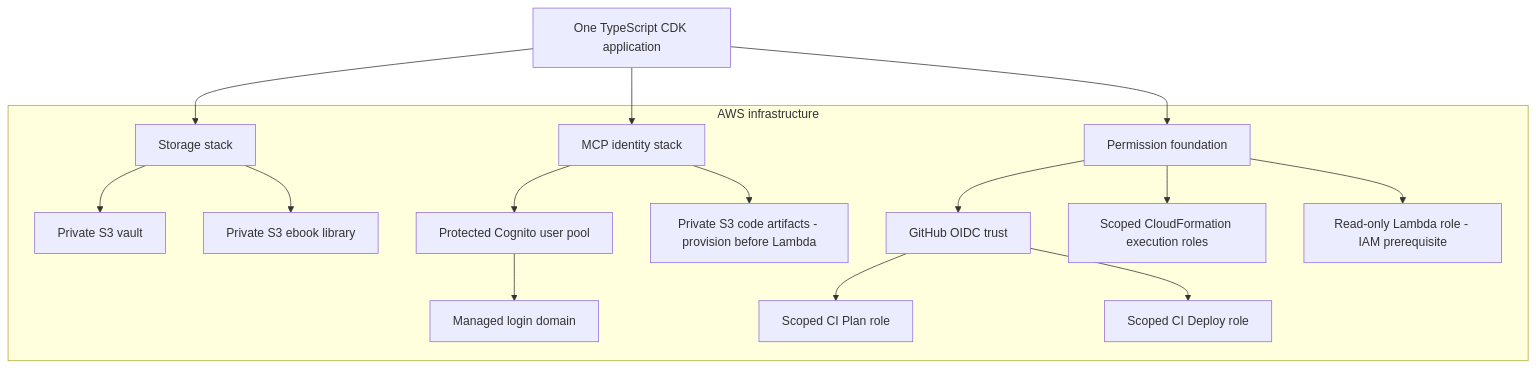
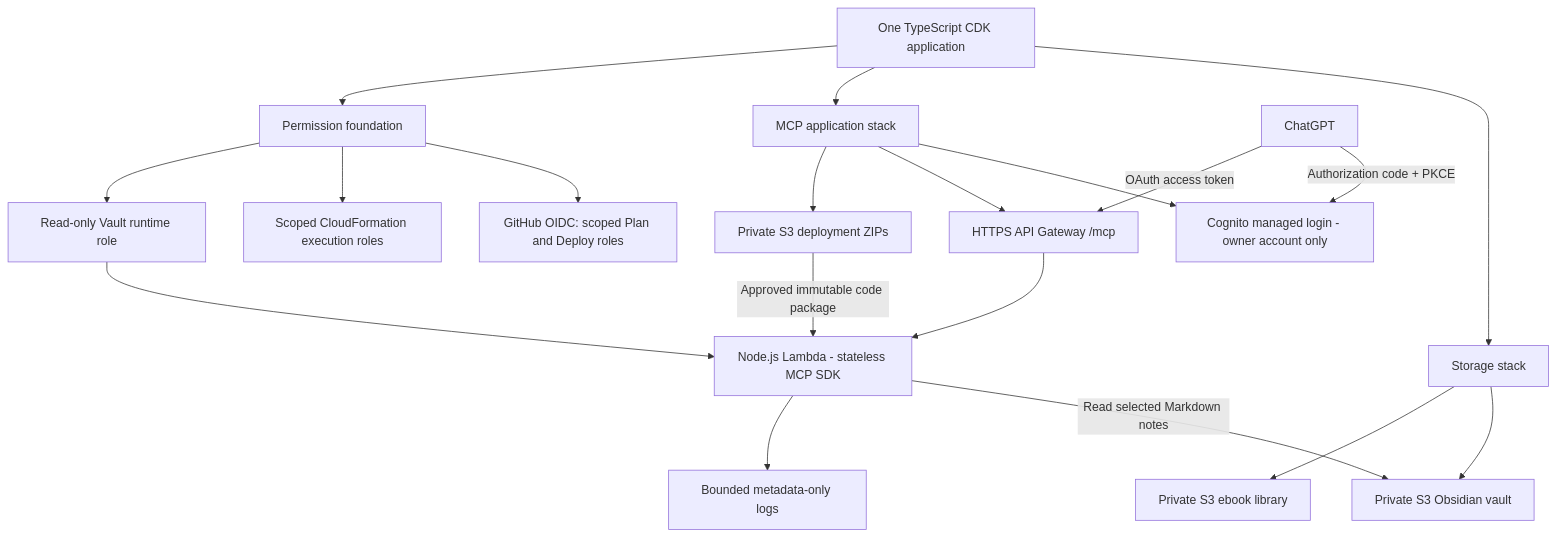
Before and after one commit to yepengfan/obsidian-workflow-infra: the first of 2 diagrams in README.md, drawn with Mermaid. The commit also changed other lines of this file and 30 other files, not shown here.

Commit message:
feat: add authenticated selected-note MCP runtime and delivery

````diff
--- a/README.md
+++ b/README.md
@@ -11,20 +11,21 @@
 ```mermaid
 flowchart TB
-    App["One TypeScript CDK application"]
-    App --> Storage["Storage stack"]
-    App --> Identity["MCP identity stack"]
+    App["One TypeScript CDK application"] --> Storage["Storage stack"]
+    App --> Mcp["MCP application stack"]
     App --> Foundation["Permission foundation"]
-
-    subgraph AWS["AWS infrastructure"]
-        Storage --> Vault["Private S3 vault"]
-        Storage --> Library["Private S3 ebook library"]
-        Identity --> Pool["Protected Cognito user pool"]
-        Pool --> Login["Managed login domain"]
-        Identity --> CodeAssets["Private S3 code artifacts - provision before Lambda"]
-        Foundation --> OIDC["GitHub OIDC trust"]
-        OIDC --> PlanRole["Scoped CI Plan role"]
-        OIDC --> DeployRole["Scoped CI Deploy role"]
-        Foundation --> Execution["Scoped CloudFormation execution roles"]
-        Foundation --> RuntimeRole["Read-only Lambda role - IAM prerequisite"]
-    end
+    Storage --> Vault["Private S3 Obsidian vault"]
+    Storage --> Library["Private S3 ebook library"]
+    Mcp --> Login["Cognito managed login - owner account only"]
+    Mcp --> API["HTTPS API Gateway /mcp"]
+    Mcp --> Code["Private S3 deployment ZIPs"]
+    ChatGPT["ChatGPT"] -->|"Authorization code + PKCE"| Login
+    ChatGPT -->|"OAuth access token"| API
+    API --> Lambda["Node.js Lambda - stateless MCP SDK"]
+    Lambda -->|"Read selected Markdown notes"| Vault
+    Lambda --> Logs["Bounded metadata-only logs"]
+    Code -->|"Approved immutable code package"| Lambda
+    Foundation --> OIDC["GitHub OIDC: scoped Plan and Deploy roles"]
+    Foundation --> Execution["Scoped CloudFormation execution roles"]
+    Foundation --> RuntimeRole["Read-only Vault runtime role"]
+    RuntimeRole --> Lambda
 ```
````
